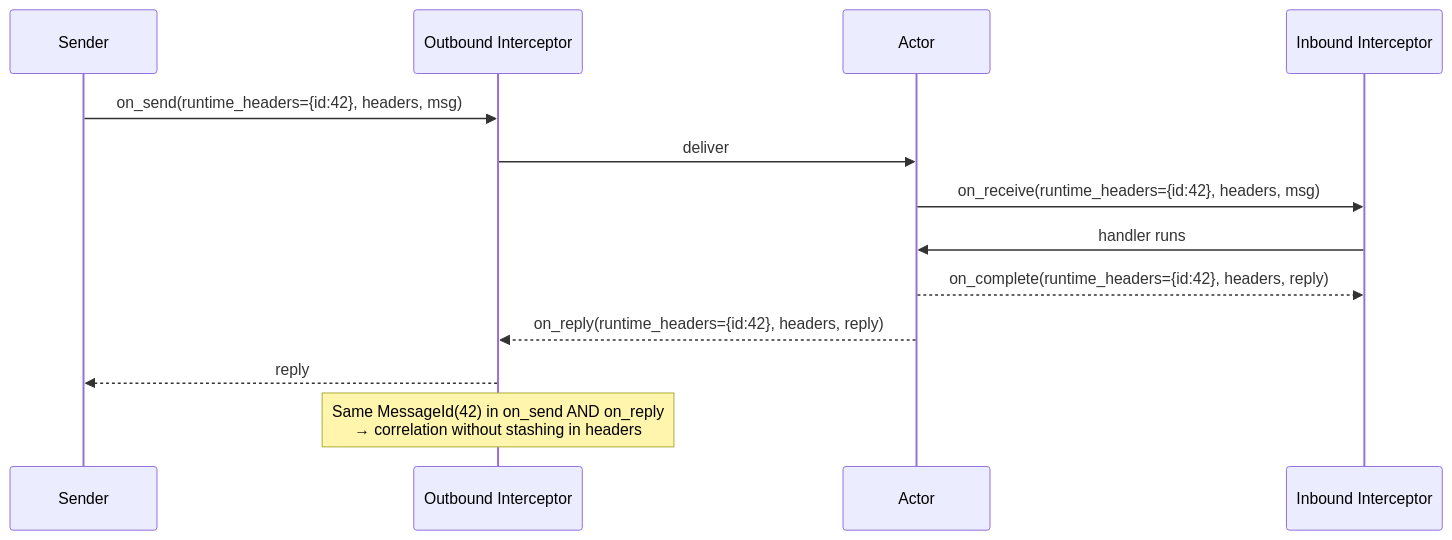
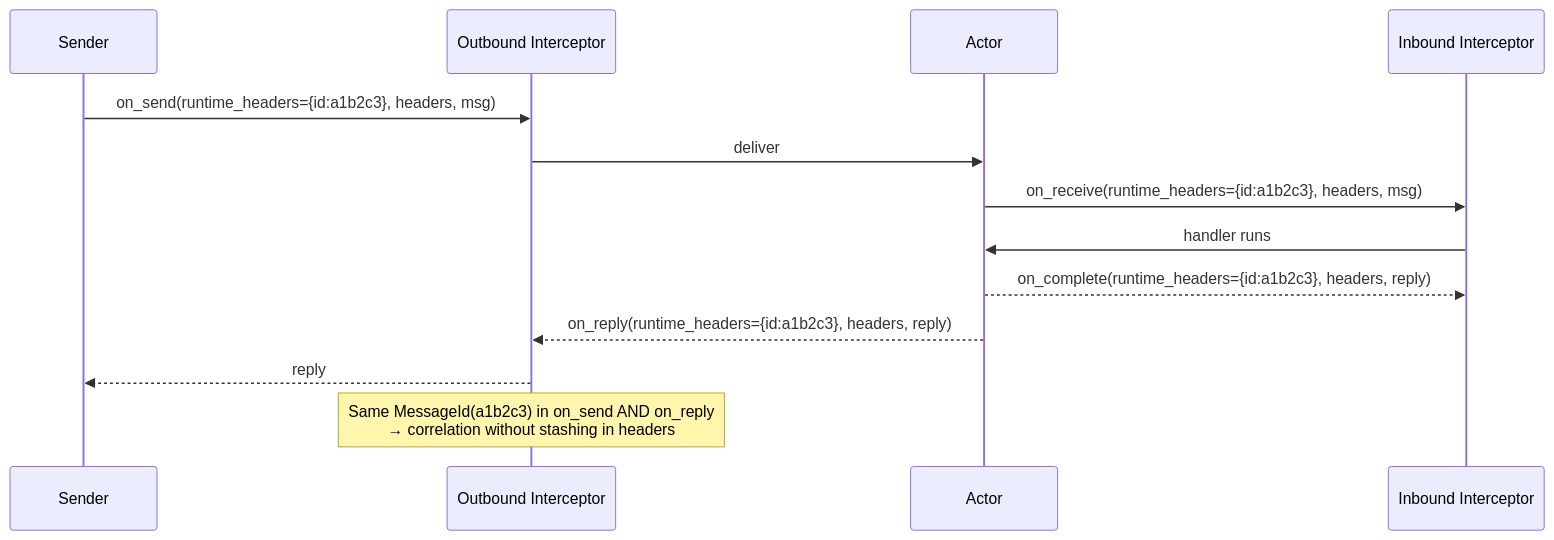
Before and after one commit to ditas-team/dactor: diagram 11 of 43 in docs/design-v0.2.md, drawn with Mermaid. The commit also changed other lines of this file and 5 other files, not shown here.

First line of the commit message:
PR 7: Envelope, Headers, RuntimeHeaders (#9)

````diff
--- a/docs/design-v0.2.md
+++ b/docs/design-v0.2.md
@@ -2353,17 +2353,17 @@
 ```mermaid
 sequenceDiagram
     participant S as Sender
     participant OI as Outbound Interceptor
     participant A as Actor
     participant II as Inbound Interceptor
 
-    S->>OI: on_send(runtime_headers={id:42}, headers, msg)
+    S->>OI: on_send(runtime_headers={id:a1b2c3}, headers, msg)
     OI->>A: deliver
-    A->>II: on_receive(runtime_headers={id:42}, headers, msg)
+    A->>II: on_receive(runtime_headers={id:a1b2c3}, headers, msg)
     II->>A: handler runs
-    A-->>II: on_complete(runtime_headers={id:42}, headers, reply)
-    A-->>OI: on_reply(runtime_headers={id:42}, headers, reply)
+    A-->>II: on_complete(runtime_headers={id:a1b2c3}, headers, reply)
+    A-->>OI: on_reply(runtime_headers={id:a1b2c3}, headers, reply)
     OI-->>S: reply
 
-    Note over OI: Same MessageId(42) in on_send AND on_reply<br/>→ correlation without stashing in headers
+    Note over OI: Same MessageId(a1b2c3) in on_send AND on_reply<br/>→ correlation without stashing in headers
 ```
````
